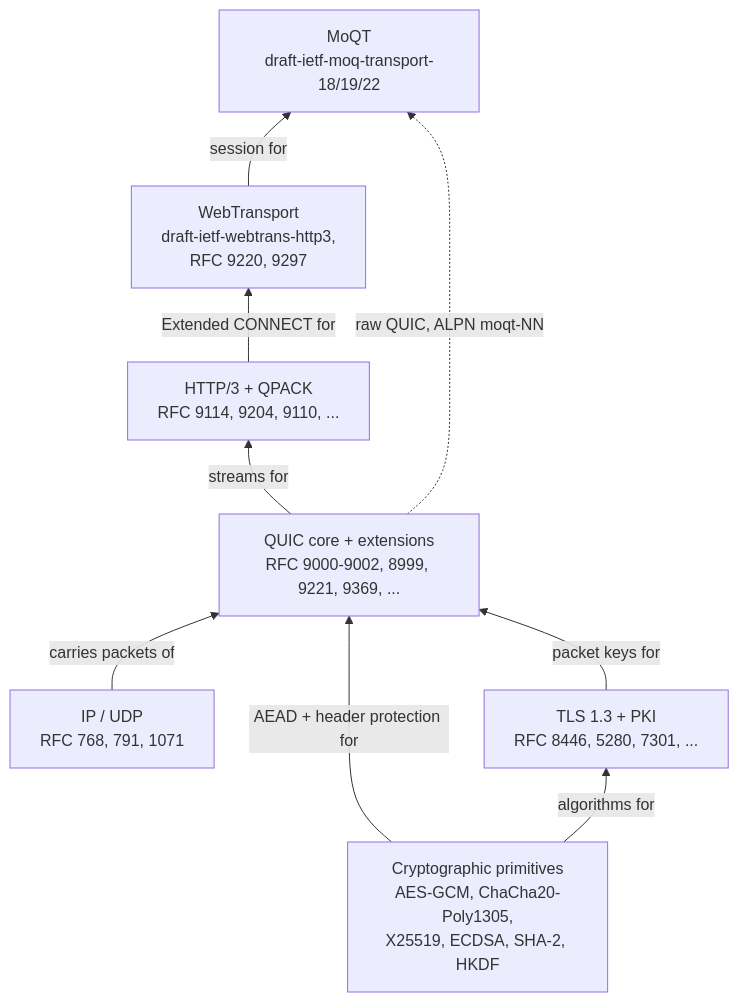
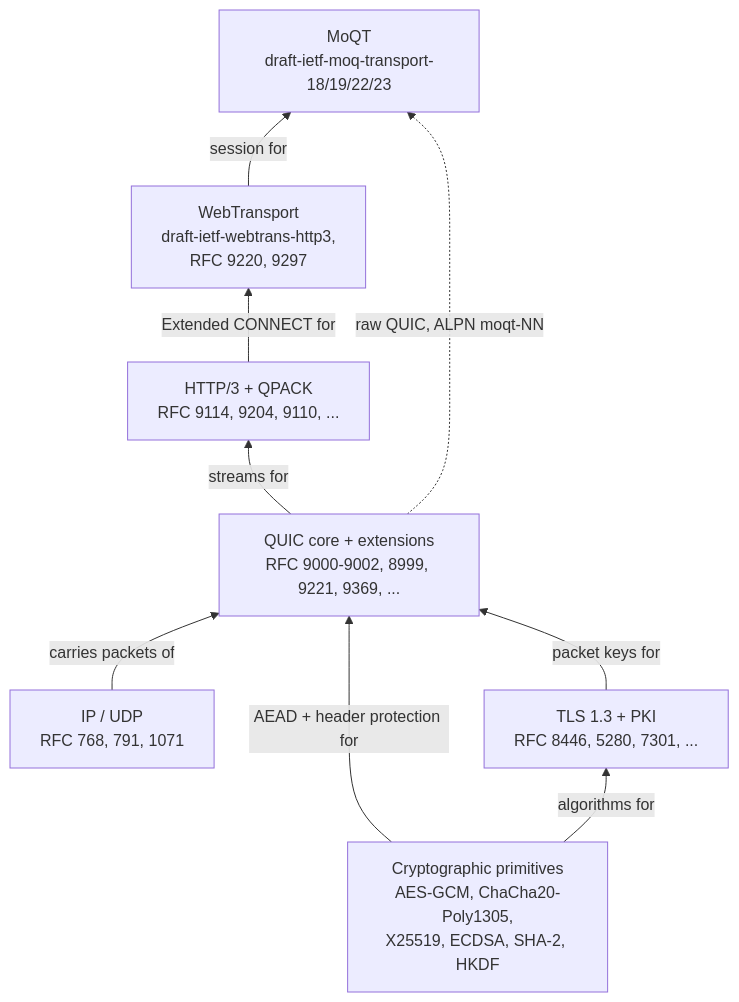
Before and after one commit to Hakkadaikon/wired: the diagram in docs/design/specs.md, drawn with Mermaid. The commit also changed other lines of this file and 13 other files, not shown here.

````diff
--- a/docs/design/specs.md
+++ b/docs/design/specs.md
@@ -29,18 +29,18 @@
 ```mermaid
 flowchart BT
     ip["IP / UDP<br/>RFC 768, 791, 1071"]
     quic["QUIC core + extensions<br/>RFC 9000-9002, 8999, 9221, 9369, ..."]
     tls["TLS 1.3 + PKI<br/>RFC 8446, 5280, 7301, ..."]
     crypto["Cryptographic primitives<br/>AES-GCM, ChaCha20-Poly1305,<br/>X25519, ECDSA, SHA-2, HKDF"]
     h3["HTTP/3 + QPACK<br/>RFC 9114, 9204, 9110, ..."]
     wt["WebTransport<br/>draft-ietf-webtrans-http3,<br/>RFC 9220, 9297"]
-    moqt["MoQT<br/>draft-ietf-moq-transport-18/19/22"]
+    moqt["MoQT<br/>draft-ietf-moq-transport-18/19/22/23"]
     ip -->|carries packets of| quic
     crypto -->|algorithms for| tls
     crypto -->|AEAD + header protection for| quic
     tls -->|packet keys for| quic
     quic -->|streams for| h3
     h3 -->|Extended CONNECT for| wt
     wt -->|session for| moqt
     quic -.->|raw QUIC, ALPN moqt-NN| moqt
 ```
````
